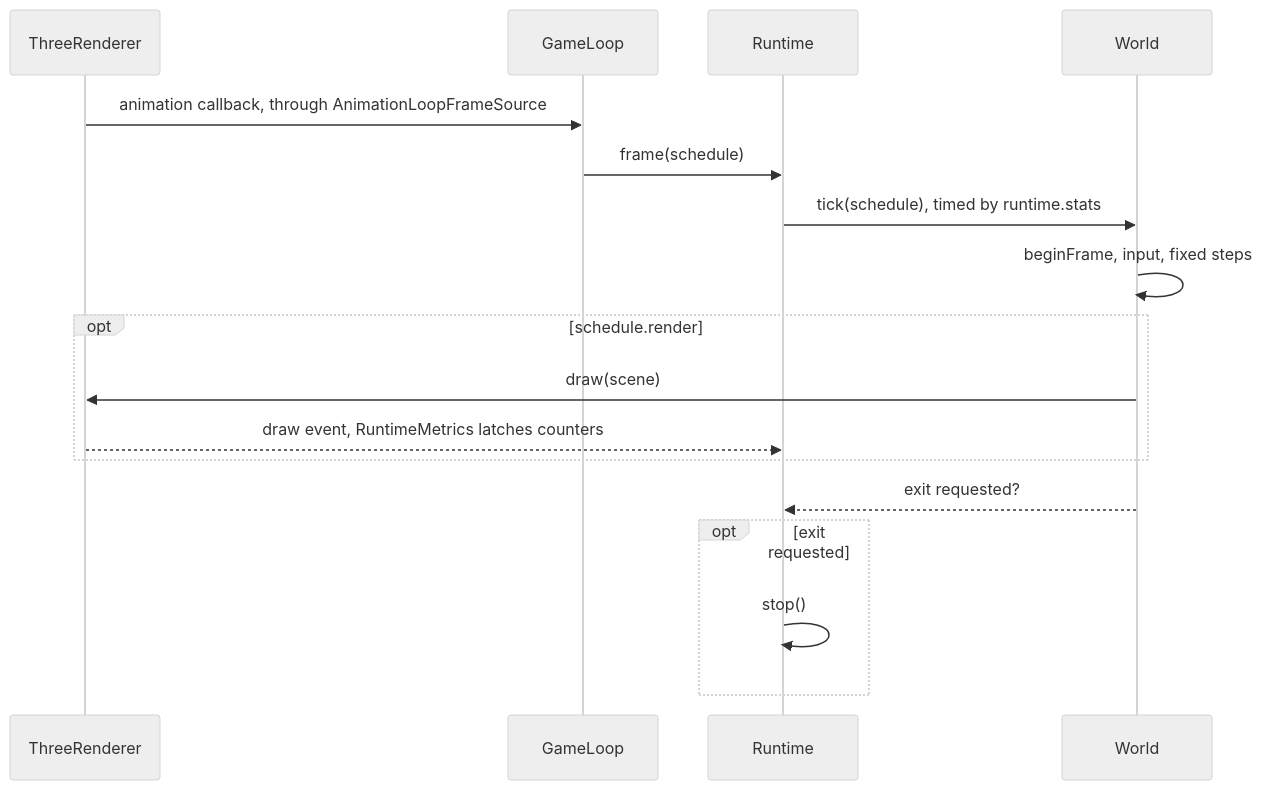
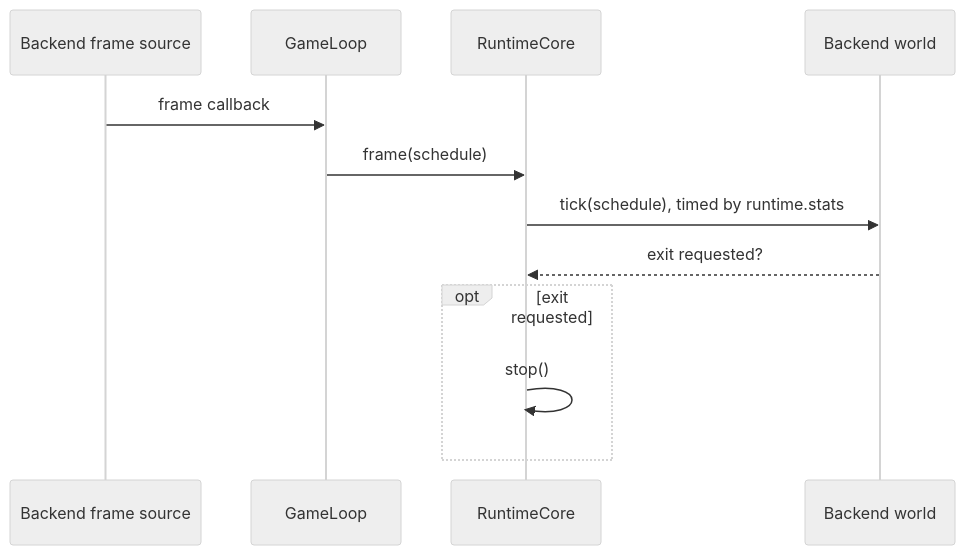
The third of 5 diagrams in packages/runtime/ARCHITECTURE.md (JollyPixel/editor), drawn with Mermaid (neutral theme) before and after one commit. The commit also changed other lines of this file and 1044 other files, not shown here.

Commit message:
refactor!: split engine into ecs + backend.three and decouple runtime

````diff
--- a/packages/runtime/ARCHITECTURE.md
+++ b/packages/runtime/ARCHITECTURE.md
@@ -132,20 +47,15 @@
 ```mermaid
 sequenceDiagram
-    participant Renderer as ThreeRenderer
+    participant Source as Backend frame source
     participant Scheduler as GameLoop
-    participant Runtime
-    participant World
+    participant Core as RuntimeCore
+    participant World as Backend world
 
-    Renderer->>Scheduler: animation callback, through AnimationLoopFrameSource
-    Scheduler->>Runtime: frame(schedule)
-    Runtime->>World: tick(schedule), timed by runtime.stats
-    World->>World: beginFrame, input, fixed steps
-    opt schedule.render
-        World->>Renderer: draw(scene)
-        Renderer-->>Runtime: draw event, RuntimeMetrics latches counters
-    end
-    World-->>Runtime: exit requested?
+    Source->>Scheduler: frame callback
+    Scheduler->>Core: frame(schedule)
+    Core->>World: tick(schedule), timed by runtime.stats
+    World-->>Core: exit requested?
     opt exit requested
-        Runtime->>Runtime: stop()
+        Core->>Core: stop()
     end
 ```
````
